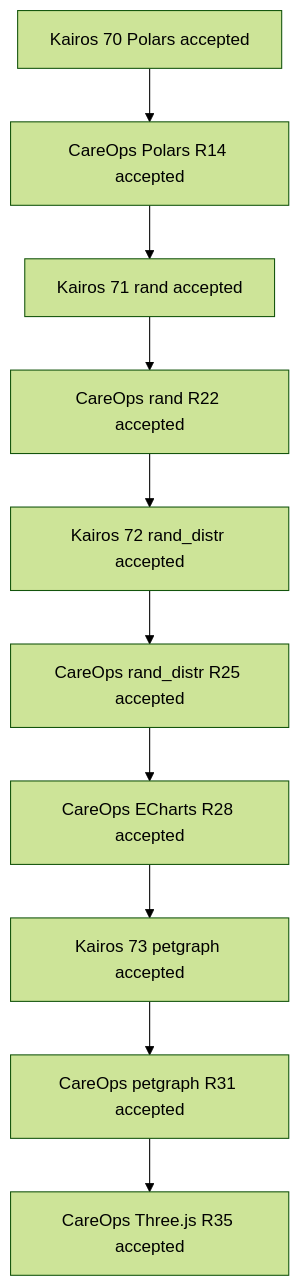
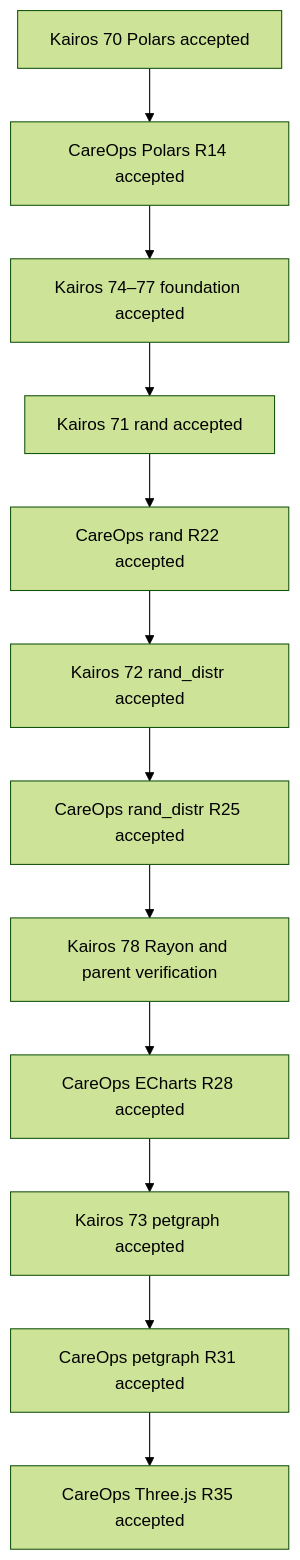
Before and after one commit to edithatogo/kairos: the diagram in conductor/library-adoption.md, drawn with Mermaid (forest theme). The commit also changed other lines of this file and 167 other files, not shown here.

````diff
--- a/conductor/library-adoption.md
+++ b/conductor/library-adoption.md
@@ -15,12 +17,14 @@
 ```mermaid
 flowchart TD
     KP[Kairos 70 Polars accepted] --> CP[CareOps Polars R14 accepted]
-    CP --> KR[Kairos 71 rand accepted]
+    CP --> F[Kairos 74–77 foundation accepted]
+    F --> KR[Kairos 71 rand accepted]
     KR --> CR[CareOps rand R22 accepted]
     CR --> KD[Kairos 72 rand_distr accepted]
     KD --> CD[CareOps rand_distr R25 accepted]
-    CD --> EC[CareOps ECharts R28 accepted]
+    CD --> R[Kairos 78 Rayon and parent verification]
+    R --> EC[CareOps ECharts R28 accepted]
     EC --> KG[Kairos 73 petgraph accepted]
     KG --> CG[CareOps petgraph R31 accepted]
     CG --> TV[CareOps Three.js R35 accepted]
 ```
````
